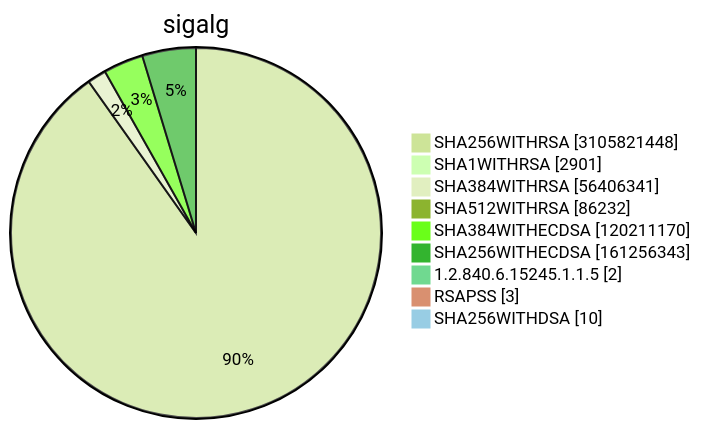
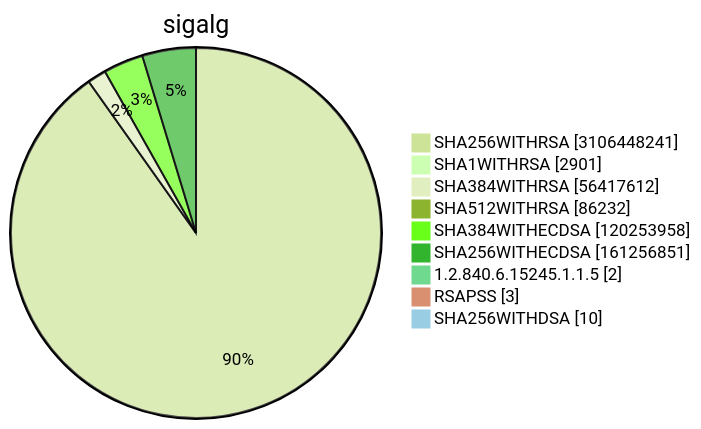
Diagram 15 of 15 in TOTAL/README.md (christiankrug/ctmonitor_visualization), drawn with Mermaid (forest theme) before and after one commit. The commit also changed other lines of this file, not shown here.

````diff
--- a/TOTAL/README.md
+++ b/TOTAL/README.md
@@ -6212,13 +6212,13 @@
 ```mermaid
 pie showData
 title sigalg
-"SHA256WITHRSA" :3105821448
+"SHA256WITHRSA" :3106448241
 "SHA1WITHRSA" :2901
-"SHA384WITHRSA" :56406341
+"SHA384WITHRSA" :56417612
 "SHA512WITHRSA" :86232
-"SHA384WITHECDSA" :120211170
-"SHA256WITHECDSA" :161256343
+"SHA384WITHECDSA" :120253958
+"SHA256WITHECDSA" :161256851
 "1.2.840.6.15245.1.1.5" :2
 "RSAPSS" :3
 "SHA256WITHDSA" :10
 ```
````
